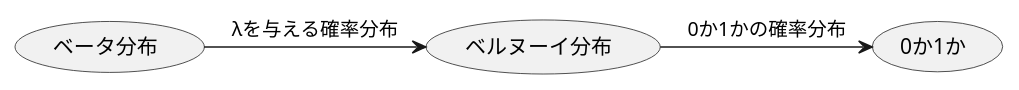
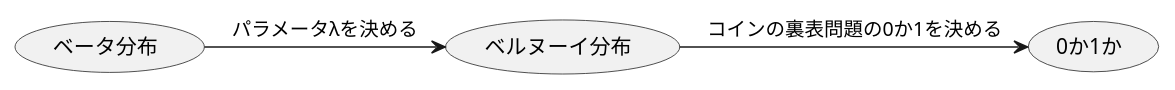
The first of 9 diagrams in bayse.md (kitfactory/paper), drawn with PlantUML before and after one commit. The commit also changed other lines of this file, not shown here.

````diff
--- a/bayse.md
+++ b/bayse.md
@@ -161,7 +161,6 @@
 ```plantuml
 @startuml
-(ベータ分布)->(ベルヌーイ分布): λを与える確率分布
-(ベルヌーイ分布)->(0か1か): 0か1かの確率分布
-
+(ベータ分布)->(ベルヌーイ分布): パラメータλを決める
+(ベルヌーイ分布)->(0か1か): コインの裏表問題の0か1を決める
 @enduml
 ```
````
